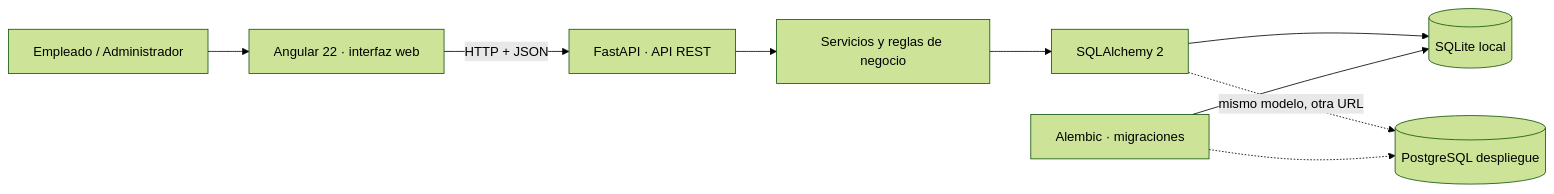
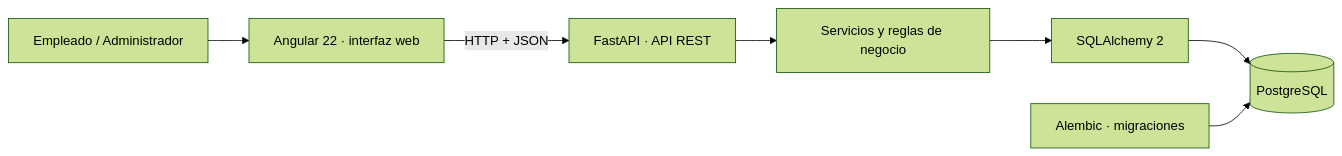
The first of 2 diagrams in docs/arquitectura.md (Xiomy0316/Autos_Colombia), drawn with Mermaid (forest theme) before and after one commit. The commit also changed other lines of this file and 10 other files, not shown here.

First line of the commit message:
Limita el proyecto a PostgreSQL y corrige el panel

````diff
--- a/docs/arquitectura.md
+++ b/docs/arquitectura.md
@@ -5,11 +5,9 @@
 ```mermaid
 flowchart LR
     E[Empleado / Administrador] --> UI[Angular 22 · interfaz web]
     UI -->|HTTP + JSON| API[FastAPI · API REST]
     API --> DOM[Servicios y reglas de negocio]
     DOM --> ORM[SQLAlchemy 2]
-    ORM --> DB[(SQLite local)]
-    ORM -. mismo modelo, otra URL .-> PG[(PostgreSQL despliegue)]
+    ORM --> DB[(PostgreSQL)]
     MIG[Alembic · migraciones] --> DB
-    MIG -.-> PG
 ```
````
